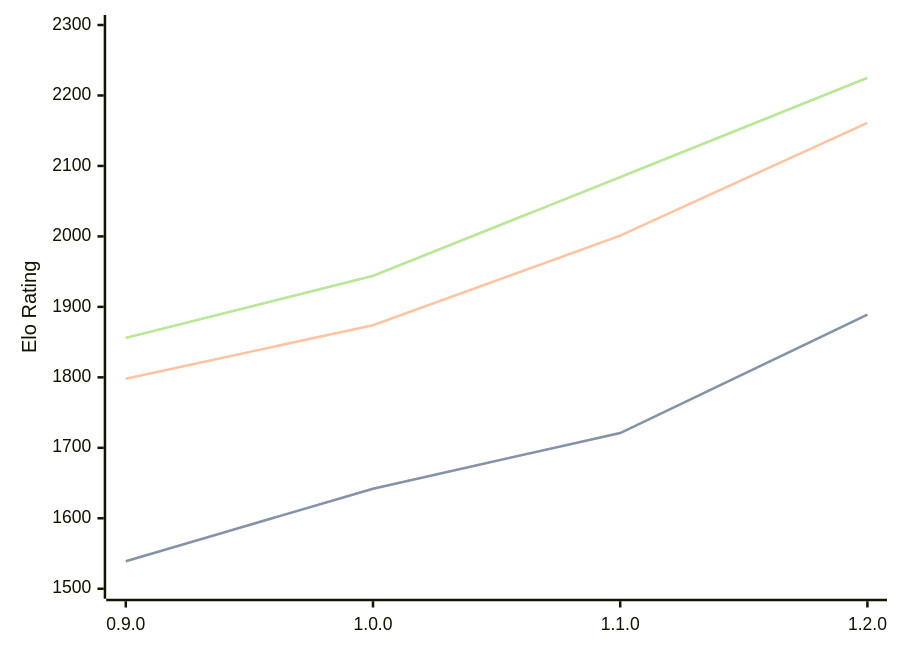
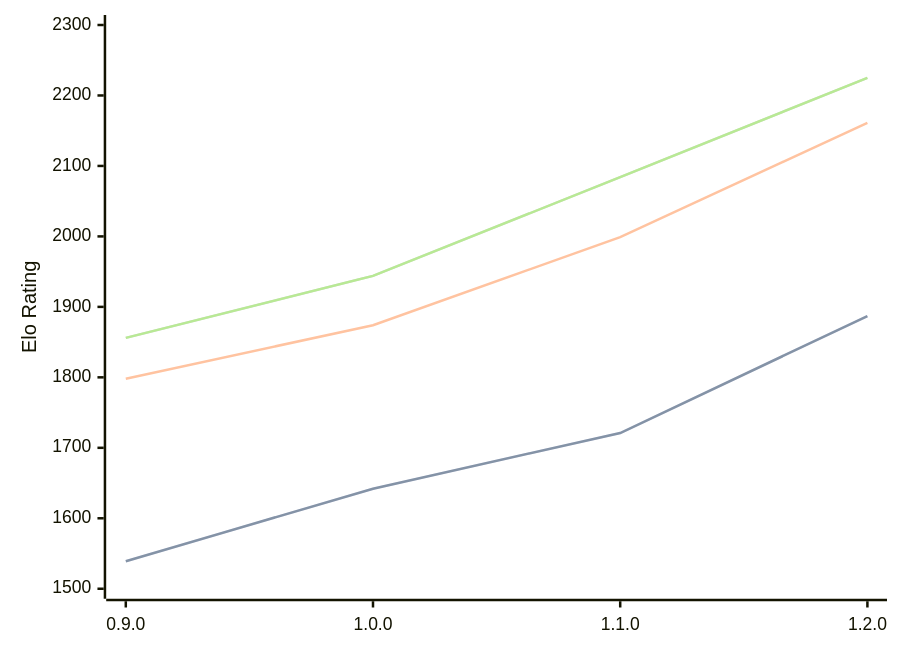
One commit to computer-chess-index/cci changed the first of 3 diagrams in engines/Ratsu.md. Above: the diagram before and after it, drawn with Mermaid. The commit also changed other lines of this file, not shown here.

````diff
--- a/engines/Ratsu.md
+++ b/engines/Ratsu.md
@@ -35,11 +35,11 @@
 ```mermaid
 %%{init: {"theme":"base","themeVariables":{"seriesColors:['#a3a3a3','#222221','#faa371']}}}%%
 xychart-beta
   x-axis ["0.9.0", "1.0.0", "1.1.0", "1.2.0"]
   y-axis "Elo Rating" 1500 --> 2300
-  line "STC (8.0+0.08s)" [1539, 1642, 1721, 1889]
-  line "STC (8.0+0.08s)" [1539, 1642, 1721, 1889]
-  line "LTC (60.0+0.60s)" [1798, 1874, 2001, 2161]
+  line "STC (8.0+0.08s)" [1539, 1642, 1721, 1887]
+  line "STC (8.0+0.08s)" [1539, 1642, 1721, 1887]
+  line "LTC (60.0+0.60s)" [1798, 1874, 1999, 2161]
   line "VLTC (2m24s+1.12s)" [1856, 1944, 2084, 2225]
   line "VLTC (2m24s+1.12s)" [1856, 1944, 2084, 2225]
 ```
````
